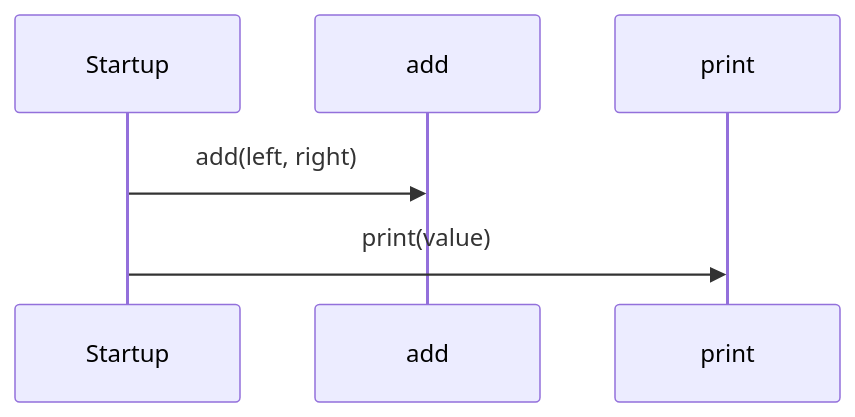
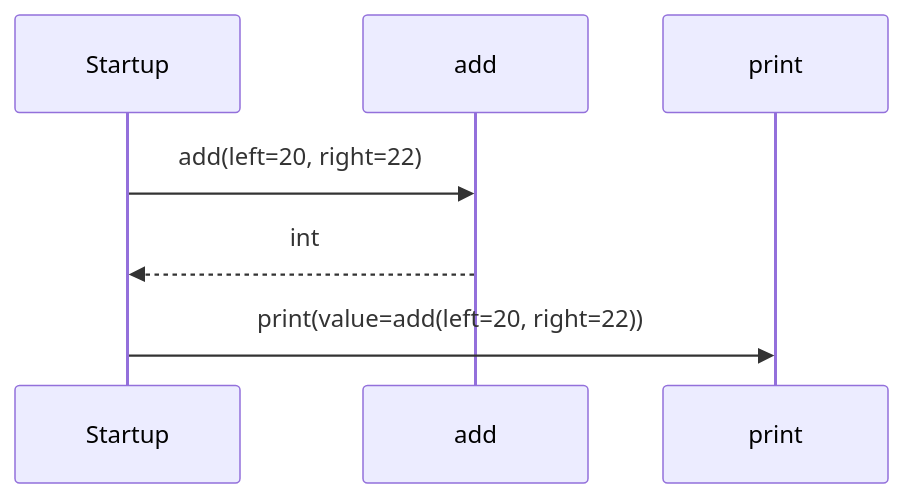
One commit to GreenPandaStudios/augscript changed the second of 2 diagrams in docs/examples/packages-app/main-diagrams.md. Above: the diagram before and after it, drawn with Mermaid. The commit also changed other lines of this file and 524 other files, not shown here.

Commit message:
Explain checked data flow at folder and service levels

````diff
--- a/docs/examples/packages-app/main-diagrams.md
+++ b/docs/examples/packages-app/main-diagrams.md
@@ -40,8 +39,9 @@
 ```mermaid
 sequenceDiagram
     participant p0 as Startup
     participant p1 as add
     participant p2 as print
-    p0->>p1: add(left, right)
-    p0->>p2: print(value)
+    p0->>p1: add(left=20, right=22)
+    p1-->>p0: int
+    p0->>p2: print(value=add(left=20, right=22))
 ```
````
